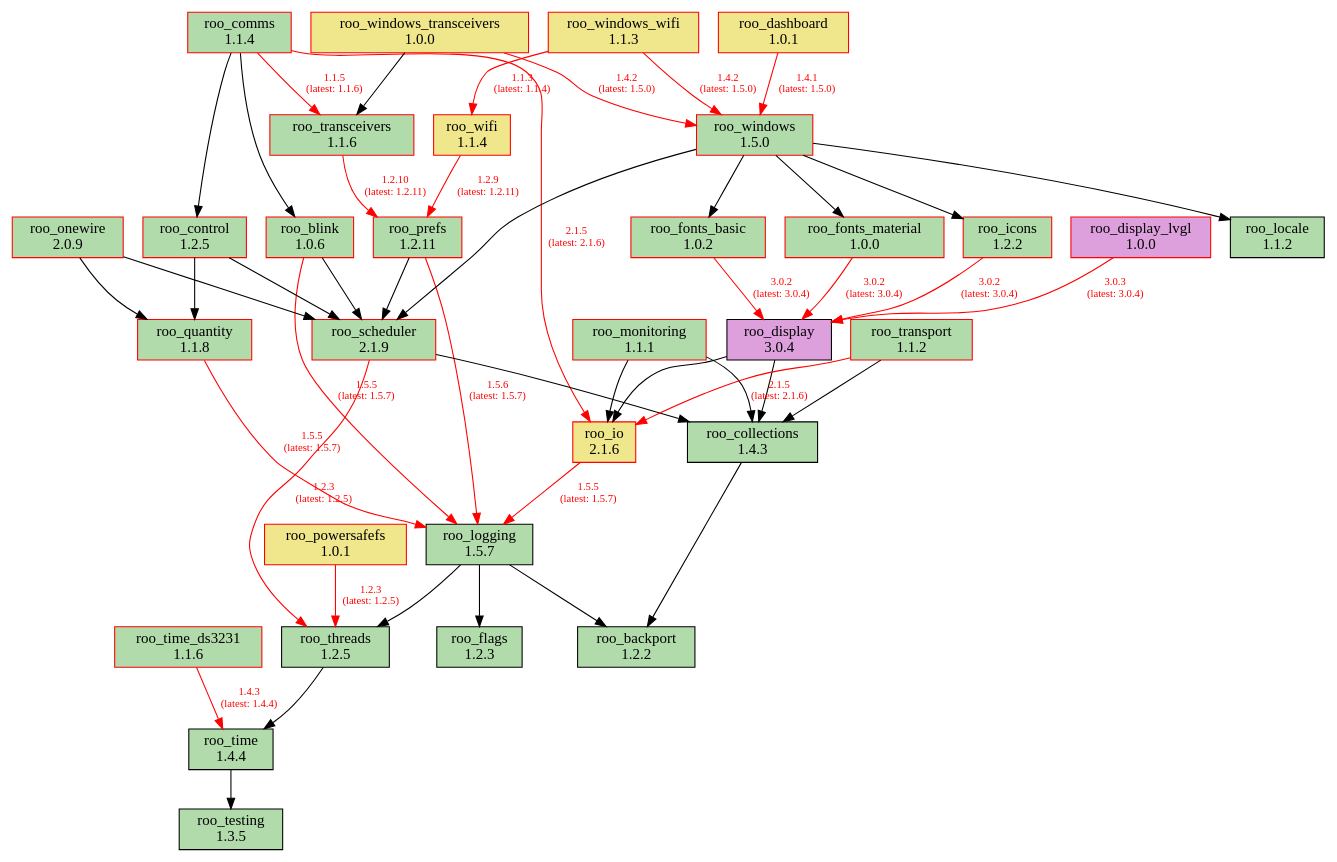
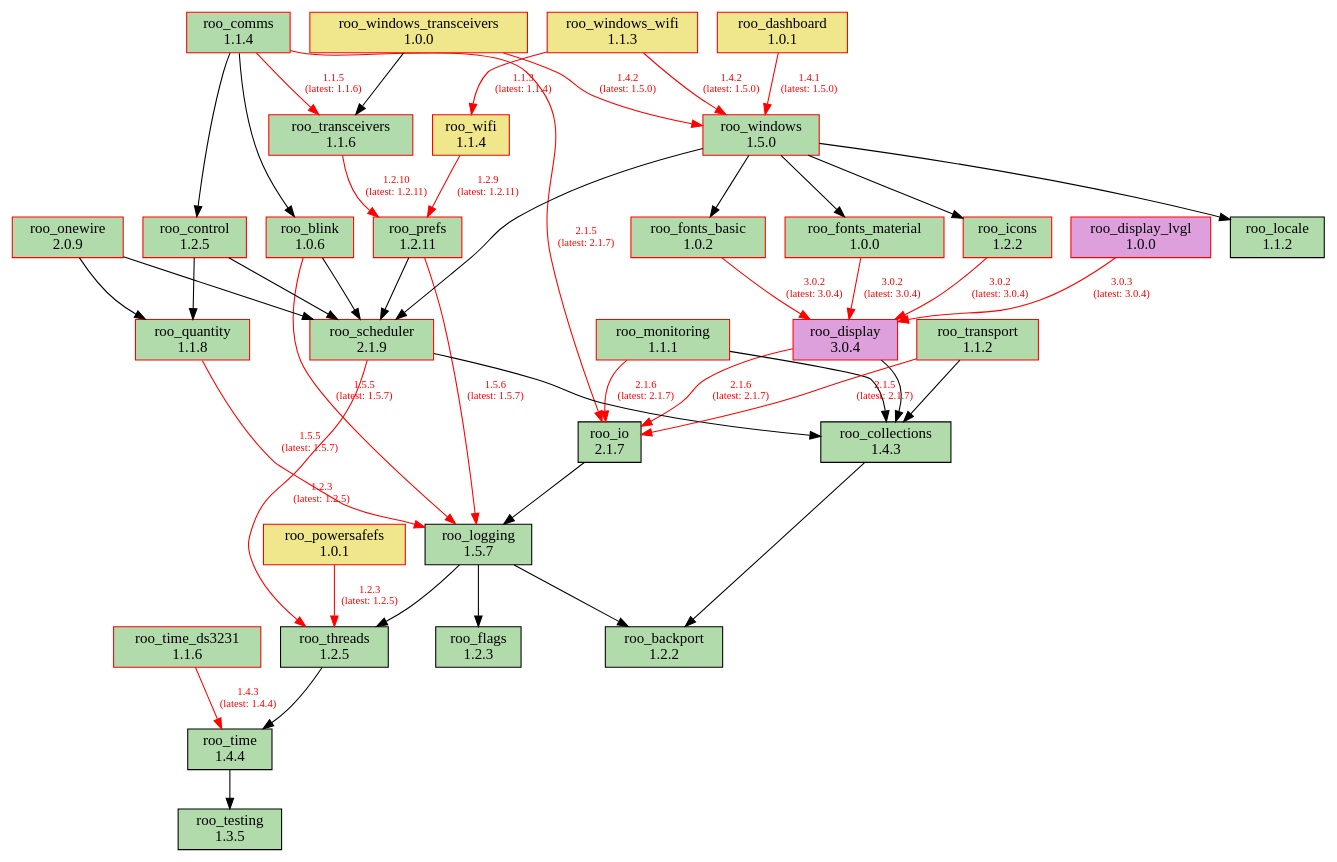
Before and after one commit to dejwk/roo-registry: the diagram in doc/dependencies.dot, drawn with Graphviz. The commit also changed 3 other files, not shown here.

```diff
--- a/doc/dependencies.dot
+++ b/doc/dependencies.dot
@@ -1,86 +1,86 @@
 digraph dependencies {
     rankdir=TB;
     node [shape=box, style=filled];
     edge [fontsize=10];
 
     // Modules
     "roo_backport" [label="roo_backport\n1.2.2", fillcolor="#b1dbab", color="black"];
     "roo_blink" [label="roo_blink\n1.0.6", fillcolor="#b1dbab", color="red"];
     "roo_collections" [label="roo_collections\n1.4.3", fillcolor="#b1dbab", color="black"];
     "roo_comms" [label="roo_comms\n1.1.4", fillcolor="#b1dbab", color="red"];
     "roo_control" [label="roo_control\n1.2.5", fillcolor="#b1dbab", color="red"];
     "roo_dashboard" [label="roo_dashboard\n1.0.1", fillcolor="khaki", color="red"];
-    "roo_display" [label="roo_display\n3.0.4", fillcolor="plum", color="black"];
+    "roo_display" [label="roo_display\n3.0.4", fillcolor="plum", color="red"];
     "roo_display_lvgl" [label="roo_display_lvgl\n1.0.0", fillcolor="plum", color="red"];
     "roo_flags" [label="roo_flags\n1.2.3", fillcolor="#b1dbab", color="black"];
     "roo_fonts_basic" [label="roo_fonts_basic\n1.0.2", fillcolor="#b1dbab", color="red"];
     "roo_fonts_material" [label="roo_fonts_material\n1.0.0", fillcolor="#b1dbab", color="red"];
     "roo_icons" [label="roo_icons\n1.2.2", fillcolor="#b1dbab", color="red"];
-    "roo_io" [label="roo_io\n2.1.6", fillcolor="khaki", color="red"];
+    "roo_io" [label="roo_io\n2.1.7", fillcolor="#b1dbab", color="black"];
     "roo_locale" [label="roo_locale\n1.1.2", fillcolor="#b1dbab", color="black"];
     "roo_logging" [label="roo_logging\n1.5.7", fillcolor="#b1dbab", color="black"];
     "roo_monitoring" [label="roo_monitoring\n1.1.1", fillcolor="#b1dbab", color="red"];
     "roo_onewire" [label="roo_onewire\n2.0.9", fillcolor="#b1dbab", color="red"];
     "roo_powersafefs" [label="roo_powersafefs\n1.0.1", fillcolor="khaki", color="red"];
     "roo_prefs" [label="roo_prefs\n1.2.11", fillcolor="#b1dbab", color="red"];
     "roo_quantity" [label="roo_quantity\n1.1.8", fillcolor="#b1dbab", color="red"];
     "roo_scheduler" [label="roo_scheduler\n2.1.9", fillcolor="#b1dbab", color="red"];
     "roo_testing" [label="roo_testing\n1.3.5", fillcolor="#b1dbab", color="black"];
     "roo_threads" [label="roo_threads\n1.2.5", fillcolor="#b1dbab", color="black"];
     "roo_time" [label="roo_time\n1.4.4", fillcolor="#b1dbab", color="black"];
     "roo_time_ds3231" [label="roo_time_ds3231\n1.1.6", fillcolor="#b1dbab", color="red"];
     "roo_transceivers" [label="roo_transceivers\n1.1.6", fillcolor="#b1dbab", color="red"];
     "roo_transport" [label="roo_transport\n1.1.2", fillcolor="#b1dbab", color="red"];
     "roo_wifi" [label="roo_wifi\n1.1.4", fillcolor="khaki", color="red"];
     "roo_windows" [label="roo_windows\n1.5.0", fillcolor="#b1dbab", color="red"];
     "roo_windows_transceivers" [label="roo_windows_transceivers\n1.0.0", fillcolor="khaki", color="red"];
     "roo_windows_wifi" [label="roo_windows_wifi\n1.1.3", fillcolor="khaki", color="red"];
 
     // Dependencies
     "roo_blink" -> "roo_logging" [color=red, fontcolor=red, label="1.5.5\n(latest: 1.5.7)"];
     "roo_blink" -> "roo_scheduler";
     "roo_collections" -> "roo_backport";
     "roo_comms" -> "roo_blink";
     "roo_comms" -> "roo_control";
-    "roo_comms" -> "roo_io" [color=red, fontcolor=red, label="2.1.5\n(latest: 2.1.6)"];
+    "roo_comms" -> "roo_io" [color=red, fontcolor=red, label="2.1.5\n(latest: 2.1.7)"];
     "roo_comms" -> "roo_transceivers" [color=red, fontcolor=red, label="1.1.5\n(latest: 1.1.6)"];
     "roo_control" -> "roo_quantity";
     "roo_control" -> "roo_scheduler";
     "roo_dashboard" -> "roo_windows" [color=red, fontcolor=red, label="1.4.1\n(latest: 1.5.0)"];
     "roo_display" -> "roo_collections";
-    "roo_display" -> "roo_io";
+    "roo_display" -> "roo_io" [color=red, fontcolor=red, label="2.1.6\n(latest: 2.1.7)"];
     "roo_display_lvgl" -> "roo_display" [color=red, fontcolor=red, label="3.0.3\n(latest: 3.0.4)"];
     "roo_fonts_basic" -> "roo_display" [color=red, fontcolor=red, label="3.0.2\n(latest: 3.0.4)"];
     "roo_fonts_material" -> "roo_display" [color=red, fontcolor=red, label="3.0.2\n(latest: 3.0.4)"];
     "roo_icons" -> "roo_display" [color=red, fontcolor=red, label="3.0.2\n(latest: 3.0.4)"];
-    "roo_io" -> "roo_logging" [color=red, fontcolor=red, label="1.5.5\n(latest: 1.5.7)"];
+    "roo_io" -> "roo_logging";
     "roo_logging" -> "roo_backport";
     "roo_logging" -> "roo_flags";
     "roo_logging" -> "roo_threads";
     "roo_monitoring" -> "roo_collections";
-    "roo_monitoring" -> "roo_io";
+    "roo_monitoring" -> "roo_io" [color=red, fontcolor=red, label="2.1.6\n(latest: 2.1.7)"];
     "roo_onewire" -> "roo_scheduler";
     "roo_onewire" -> "roo_quantity";
     "roo_powersafefs" -> "roo_threads" [color=red, fontcolor=red, label="1.2.3\n(latest: 1.2.5)"];
     "roo_prefs" -> "roo_logging" [color=red, fontcolor=red, label="1.5.6\n(latest: 1.5.7)"];
     "roo_prefs" -> "roo_scheduler";
     "roo_quantity" -> "roo_logging" [color=red, fontcolor=red, label="1.5.5\n(latest: 1.5.7)"];
     "roo_scheduler" -> "roo_collections";
     "roo_scheduler" -> "roo_threads" [color=red, fontcolor=red, label="1.2.3\n(latest: 1.2.5)"];
     "roo_threads" -> "roo_time";
     "roo_time" -> "roo_testing";
     "roo_time_ds3231" -> "roo_time" [color=red, fontcolor=red, label="1.4.3\n(latest: 1.4.4)"];
     "roo_transceivers" -> "roo_prefs" [color=red, fontcolor=red, label="1.2.10\n(latest: 1.2.11)"];
     "roo_transport" -> "roo_collections";
-    "roo_transport" -> "roo_io" [color=red, fontcolor=red, label="2.1.5\n(latest: 2.1.6)"];
+    "roo_transport" -> "roo_io" [color=red, fontcolor=red, label="2.1.5\n(latest: 2.1.7)"];
     "roo_wifi" -> "roo_prefs" [color=red, fontcolor=red, label="1.2.9\n(latest: 1.2.11)"];
     "roo_windows" -> "roo_fonts_basic";
     "roo_windows" -> "roo_fonts_material";
     "roo_windows" -> "roo_locale";
     "roo_windows" -> "roo_icons";
     "roo_windows" -> "roo_scheduler";
     "roo_windows_transceivers" -> "roo_transceivers";
     "roo_windows_transceivers" -> "roo_windows" [color=red, fontcolor=red, label="1.4.2\n(latest: 1.5.0)"];
     "roo_windows_wifi" -> "roo_wifi" [color=red, fontcolor=red, label="1.1.3\n(latest: 1.1.4)"];
     "roo_windows_wifi" -> "roo_windows" [color=red, fontcolor=red, label="1.4.2\n(latest: 1.5.0)"];
 }
```
